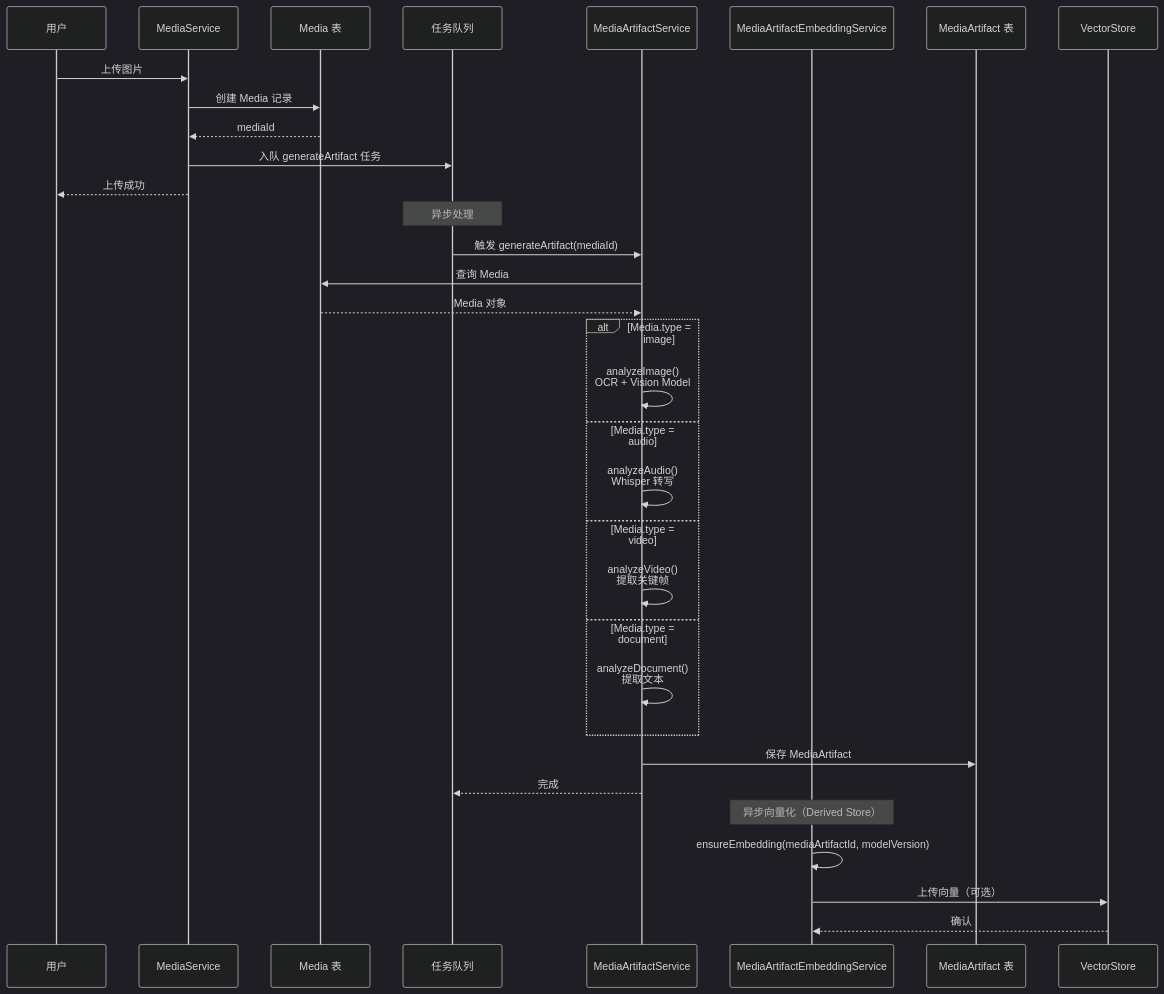
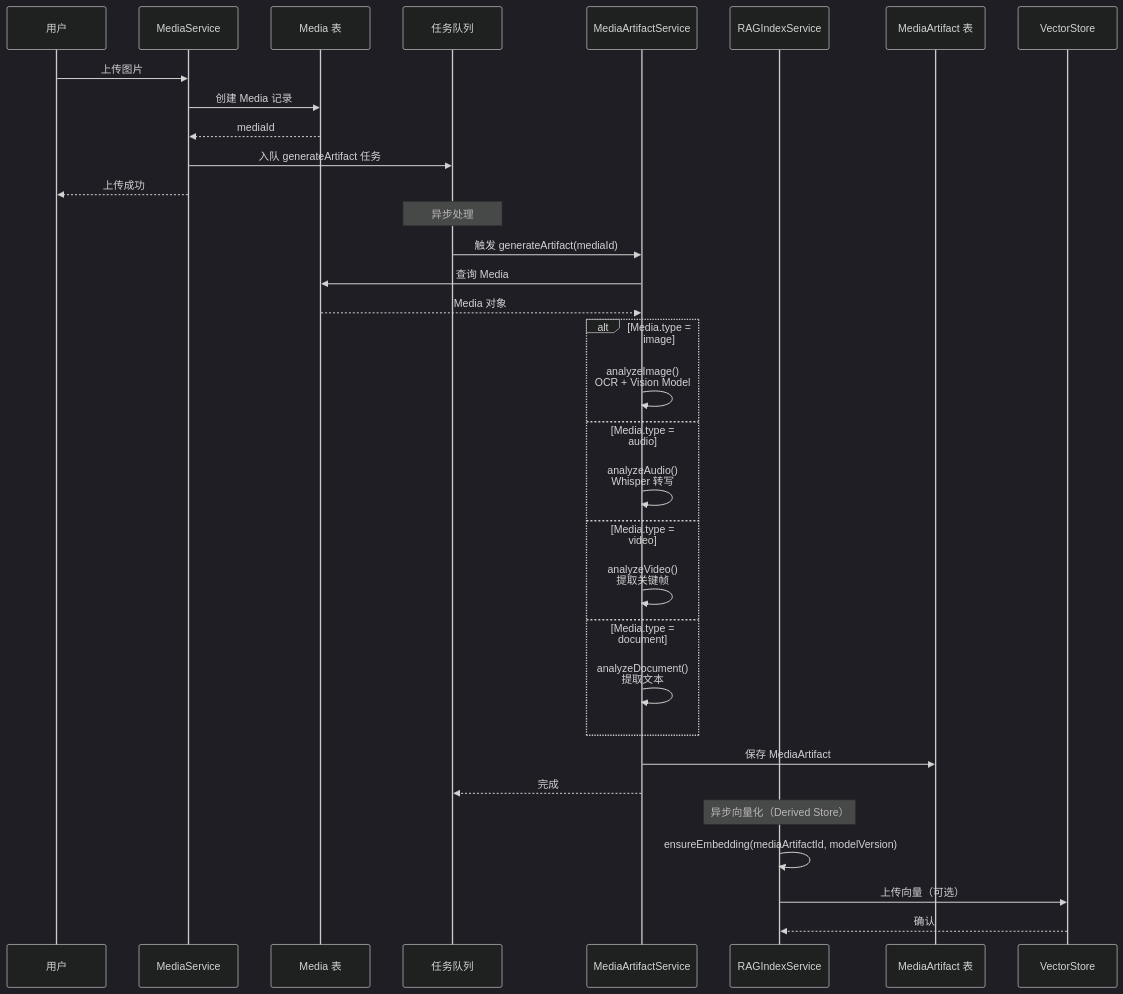
One commit to zoeysnowy/4DNote changed diagram 12 of 18 in docs/architecture/Media_Architecture.md. Above: the diagram before and after it, drawn with Mermaid (dark theme). The commit also changed other lines of this file and 3 other files, not shown here.

````diff
--- a/docs/architecture/Media_Architecture.md
+++ b/docs/architecture/Media_Architecture.md
@@ -1238,41 +1238,41 @@
 ```mermaid
 sequenceDiagram
     participant U as 用户
     participant MS as MediaService
     participant M as Media 表
     participant Q as 任务队列
     participant MAS as MediaArtifactService
-    participant RAG as MediaArtifactEmbeddingService
+    participant RAG as RAGIndexService
     participant MA as MediaArtifact 表
     participant VS as VectorStore
     
     U->>MS: 上传图片
     MS->>M: 创建 Media 记录
     M-->>MS: mediaId
     MS->>Q: 入队 generateArtifact 任务
     MS-->>U: 上传成功
     
     Note over Q: 异步处理
     
     Q->>MAS: 触发 generateArtifact(mediaId)
     MAS->>M: 查询 Media
     M-->>MAS: Media 对象
     
     alt Media.type = image
         MAS->>MAS: analyzeImage()<br/>OCR + Vision Model
     else Media.type = audio
         MAS->>MAS: analyzeAudio()<br/>Whisper 转写
     else Media.type = video
         MAS->>MAS: analyzeVideo()<br/>提取关键帧
     else Media.type = document
         MAS->>MAS: analyzeDocument()<br/>提取文本
     end
 
       MAS->>MA: 保存 MediaArtifact
       MAS-->>Q: 完成
 
       Note over RAG: 异步向量化（Derived Store）
       RAG->>RAG: ensureEmbedding(mediaArtifactId, modelVersion)
       RAG->>VS: 上传向量（可选）
       VS-->>RAG: 确认
 ```
````
